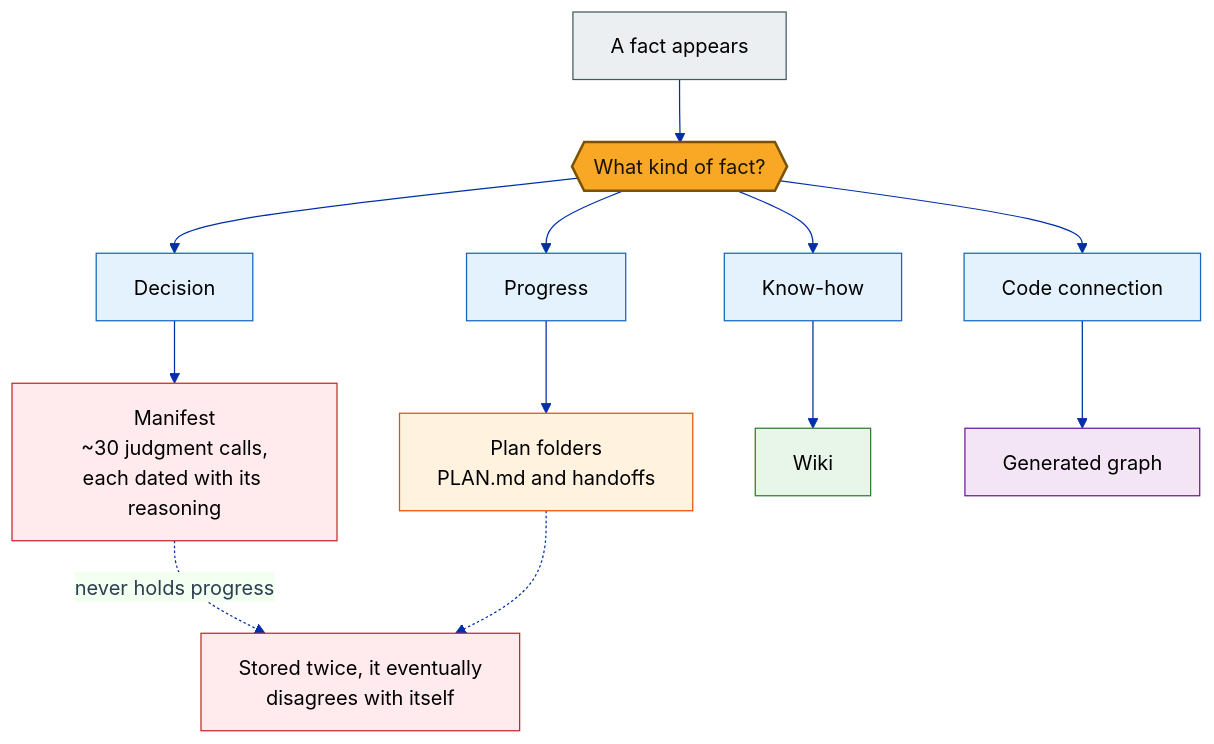
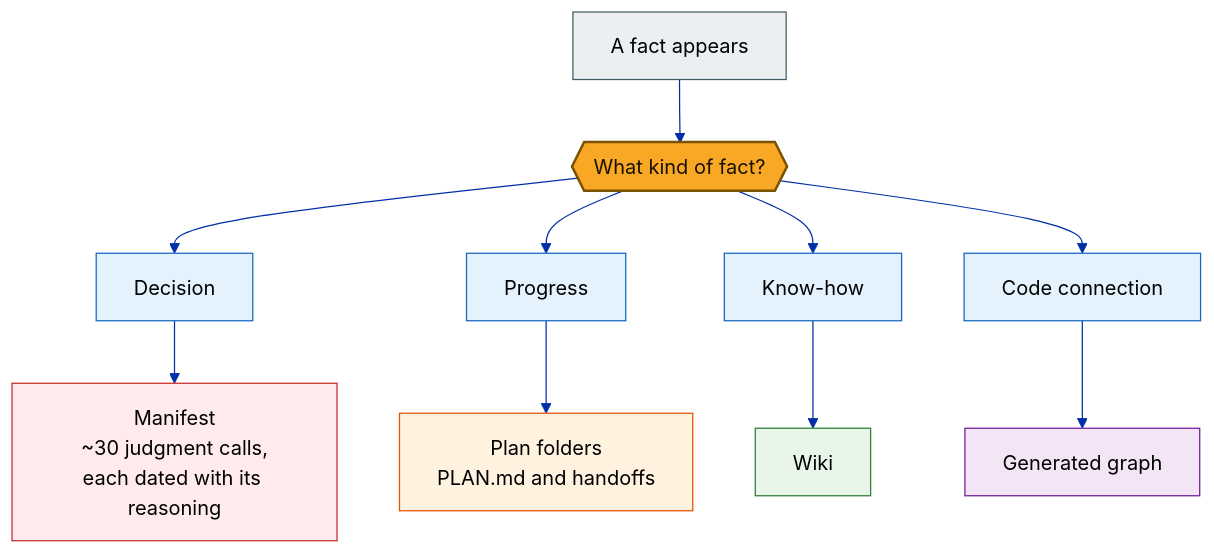
Before and after one commit to mmentzerhernandez/global_experience: the diagram in diagrams/op-one-fact.mmd, drawn with Mermaid. The commit also changed 4 other files, not shown here.

First line of the commit message:
content: left-align operating diagram labels, add plans lifecycle section

```diff
--- a/diagrams/op-one-fact.mmd
+++ b/diagrams/op-one-fact.mmd
@@ -1,42 +1,38 @@
 ---
 config:
   theme: base
   themeVariables:
     primaryColor: "#f0f3ff"
     primaryBorderColor: "#002fa7"
     primaryTextColor: "#2c3e50"
     lineColor: "#002fa7"
     fontFamily: "-apple-system,BlinkMacSystemFont,Segoe UI,Roboto,sans-serif"
 ---
 flowchart TD
     FACT["A fact appears"]:::people
     KIND{{"What kind of fact?"}}:::gate
 
     D["Decision"]:::access
     P["Progress"]:::access
     K["Know-how"]:::access
     C["Code connection"]:::access
 
     DM["Manifest<br/>~30 judgment calls,<br/>each dated with its reasoning"]:::report
     PM["Plan folders<br/>PLAN.md and handoffs"]:::enforce
     KM["Wiki"]:::course
     CM["Generated graph"]:::sweep
 
-    RULE["Stored twice, it eventually<br/>disagrees with itself"]:::refuse
 
     FACT --> KIND
     KIND --> D --> DM
     KIND --> P --> PM
     KIND --> K --> KM
     KIND --> C --> CM
-    DM -.->|"never holds progress"| RULE
-    PM -.-> RULE
 
     classDef people fill:#ECEFF1,stroke:#455A64,color:#000000
     classDef access fill:#E3F2FD,stroke:#1565C0,color:#000000
     classDef course fill:#E8F5E9,stroke:#2E7D32,color:#000000
     classDef enforce fill:#FFF3E0,stroke:#E65100,color:#000000
     classDef report fill:#FFEBEE,stroke:#C62828,color:#000000
-    classDef refuse fill:#FFEBEE,stroke:#C62828,color:#000000
     classDef sweep fill:#F3E5F5,stroke:#6A1B9A,color:#000000
     classDef gate fill:#F9A825,stroke:#7A5200,color:#1A1200,stroke-width:2px
```
